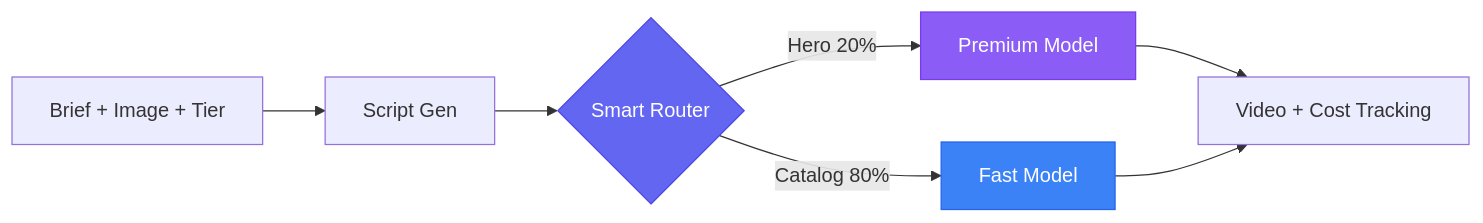
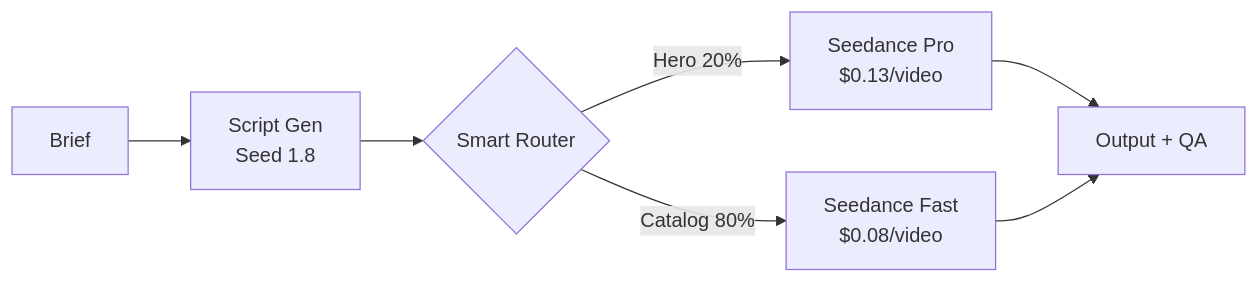
One commit to suboss87/seedcamp changed the diagram in README.md. Above: the diagram before and after it, drawn with Mermaid. The commit also changed other lines of this file and 70 other files, not shown here.

````diff
--- a/README.md
+++ b/README.md
@@ -59,13 +19,9 @@
 ```mermaid
 graph LR
-    A[Brief + Image + Tier] --> S[Script Gen]
-    S --> B{Smart Router}
-    B -->|Hero 20%| C[Premium Model]
-    B -->|Catalog 80%| D[Fast Model]
-    C --> F[Video + Cost Tracking]
-    D --> F
-
-    style B fill:#6366F1,color:#fff,stroke:#4F46E5
-    style C fill:#8B5CF6,color:#fff,stroke:#7C3AED
-    style D fill:#3B82F6,color:#fff,stroke:#2563EB
+    A[Brief] --> B[Script Gen<br/>Seed 1.8]
+    B --> C{Smart Router}
+    C -->|Hero 20%| D[Seedance Pro<br/>$0.13/video]
+    C -->|Catalog 80%| E[Seedance Fast<br/>$0.08/video]
+    D --> F[Output + QA]
+    E --> F
 ```
````
